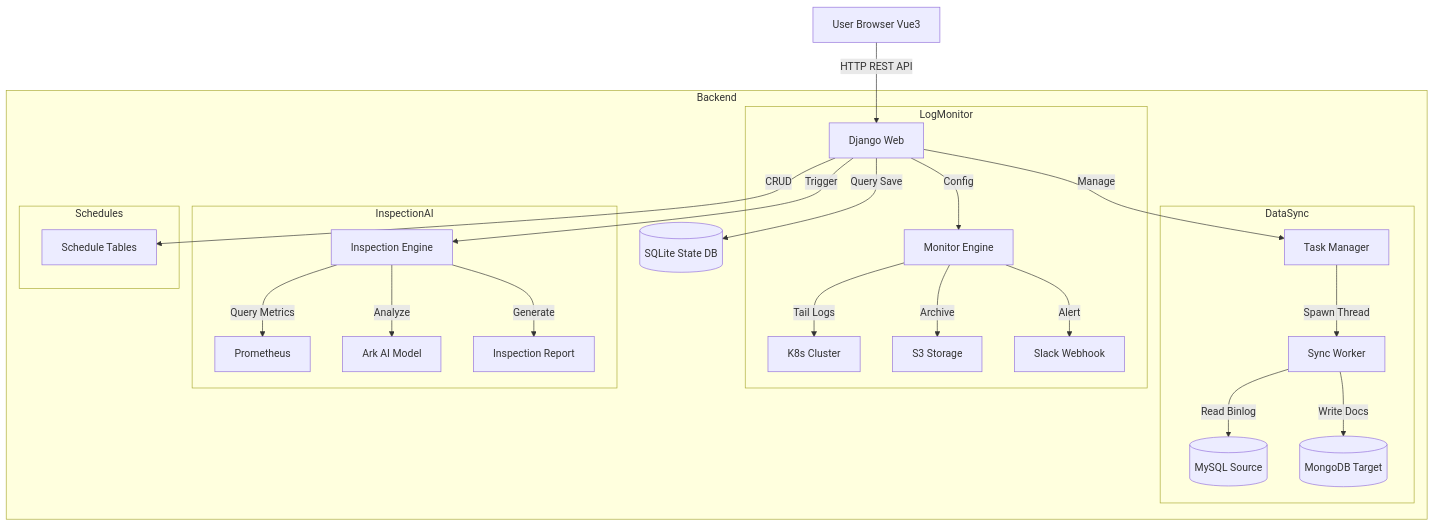
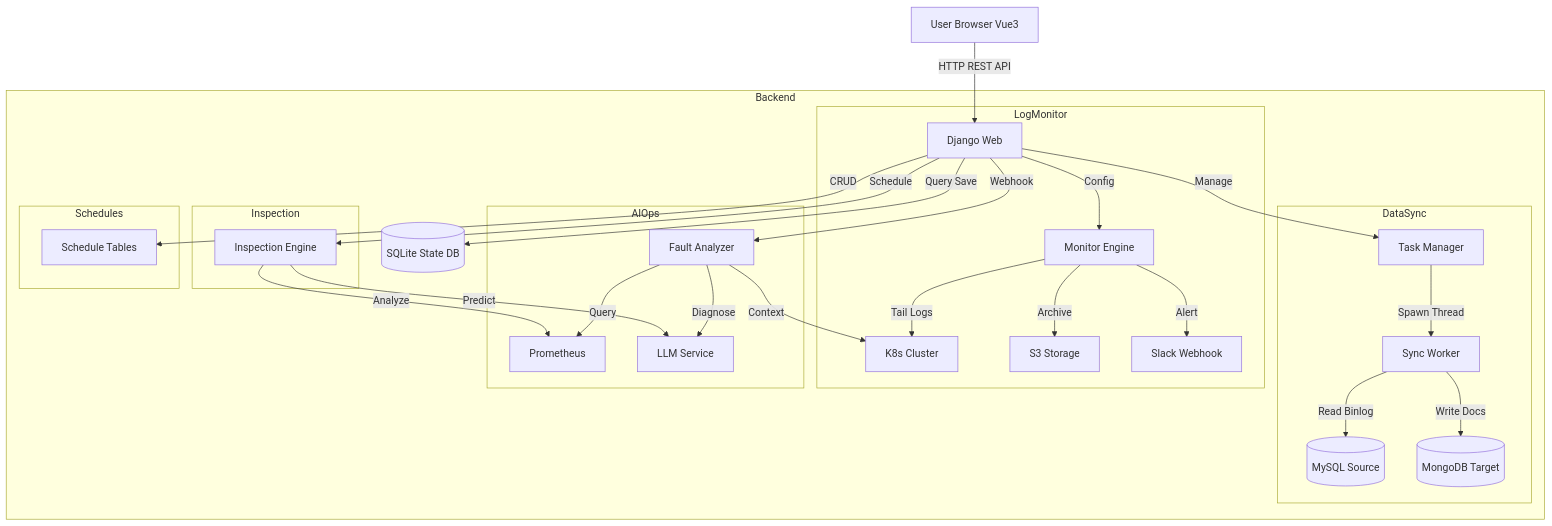
The diagram in README.md (z35834491-cmyk/mysql_to_mongo), drawn with Mermaid before and after one commit. The commit also changed other lines of this file, not shown here.

````diff
--- a/README.md
+++ b/README.md
@@ -63,33 +75,39 @@
 ```mermaid
 flowchart TD
     User[User Browser Vue3] -->|HTTP REST API| Web[Django Web]
     
     subgraph Backend
         Web -->|Manage| TM[Task Manager]
         Web -->|Query Save| DB[(SQLite State DB)]
         
         subgraph DataSync
             TM -->|Spawn Thread| Worker[Sync Worker]
             Worker -->|Read Binlog| MySQL[(MySQL Source)]
             Worker -->|Write Docs| Mongo[(MongoDB Target)]
         end
         
         subgraph LogMonitor
             Web -->|Config| MonEngine[Monitor Engine]
             MonEngine -->|Tail Logs| K8s[K8s Cluster]
             MonEngine -->|Archive| S3[S3 Storage]
             MonEngine -->|Alert| Slack[Slack Webhook]
         end
         
-        subgraph InspectionAI
-            Web -->|Trigger| InspEngine[Inspection Engine]
-            InspEngine -->|Query Metrics| Prom[Prometheus]
-            InspEngine -->|Analyze| AI[Ark AI Model]
-            InspEngine -->|Generate| Report[Inspection Report]
+        subgraph AIOps
+            Web -->|Webhook| FaultAnalyzer[Fault Analyzer]
+            FaultAnalyzer -->|Query| Prom[Prometheus]
+            FaultAnalyzer -->|Context| K8s
+            FaultAnalyzer -->|Diagnose| LLM[LLM Service]
+        end
+
+        subgraph Inspection
+            Web -->|Schedule| InspEngine[Inspection Engine]
+            InspEngine -->|Analyze| Prom
+            InspEngine -->|Predict| LLM
         end
         
         subgraph Schedules
             Web -->|CRUD| SchedDB[Schedule Tables]
         end
     end
 ```
````
